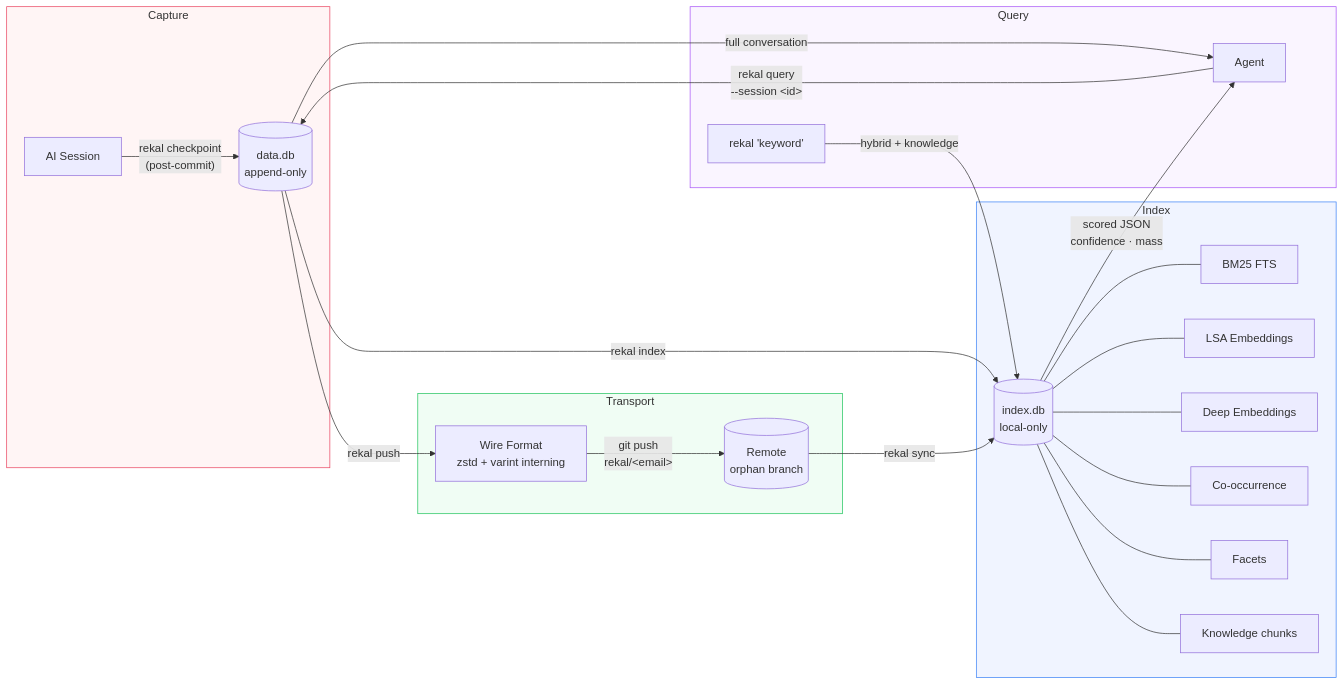
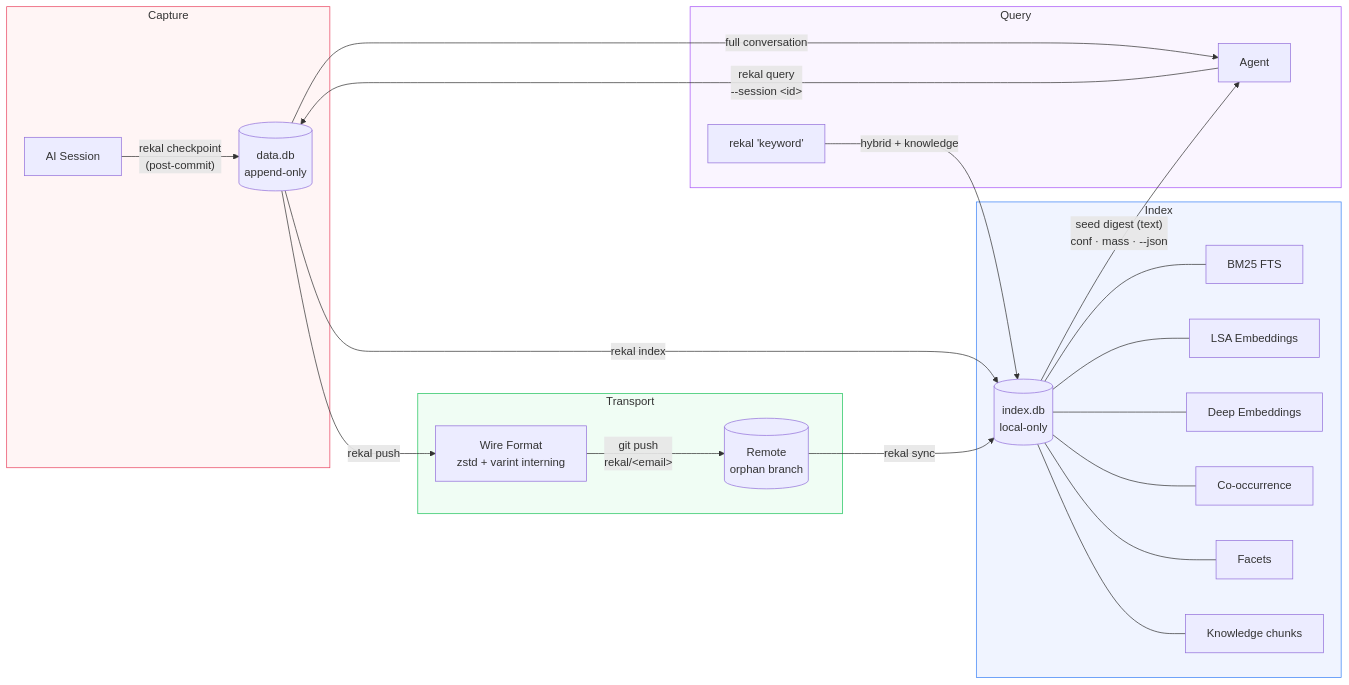
Before and after one commit to rekal-dev/rekal-cli: the first of 3 diagrams in README.md, drawn with Mermaid. The commit also changed other lines of this file, not shown here.

First line of the commit message:
docs(readme): correct the default output — text seed digest, JSON on --json

````diff
--- a/README.md
+++ b/README.md
@@ -226,34 +233,34 @@
 ```mermaid
 flowchart LR
     subgraph capture ["Capture"]
         A["AI Session"] -->|"rekal checkpoint<br/>(post-commit)"| B[("data.db<br/>append-only")]
     end
 
     subgraph transport ["Transport"]
         B -->|"rekal push"| C["Wire Format<br/>zstd + varint interning"]
         C -->|"git push<br/>rekal/&lt;email&gt;"| D[("Remote<br/>orphan branch")]
     end
 
     subgraph index ["Index"]
         B -->|"rekal index"| E[("index.db<br/>local-only")]
         D -->|"rekal sync"| E
         E --- F["BM25 FTS"]
         E --- G["LSA Embeddings"]
         E --- N["Deep Embeddings"]
         E --- H["Co-occurrence"]
         E --- I["Facets"]
         E --- KN["Knowledge chunks"]
     end
 
     subgraph query ["Query"]
         J["rekal 'keyword'"] -->|"hybrid + knowledge"| E
-        E -->|"scored JSON<br/>confidence · mass"| K["Agent"]
+        E -->|"seed digest (text)<br/>conf · mass · --json"| K["Agent"]
         K -->|"rekal query<br/>--session &lt;id&gt;"| B
         B -->|"full conversation"| K
     end
 
     style capture fill:#fff5f5,stroke:#e94560,color:#333
     style transport fill:#f0fdf4,stroke:#22c55e,color:#333
     style index fill:#f0f4ff,stroke:#3b82f6,color:#333
     style query fill:#faf5ff,stroke:#a855f7,color:#333
 ```
````
